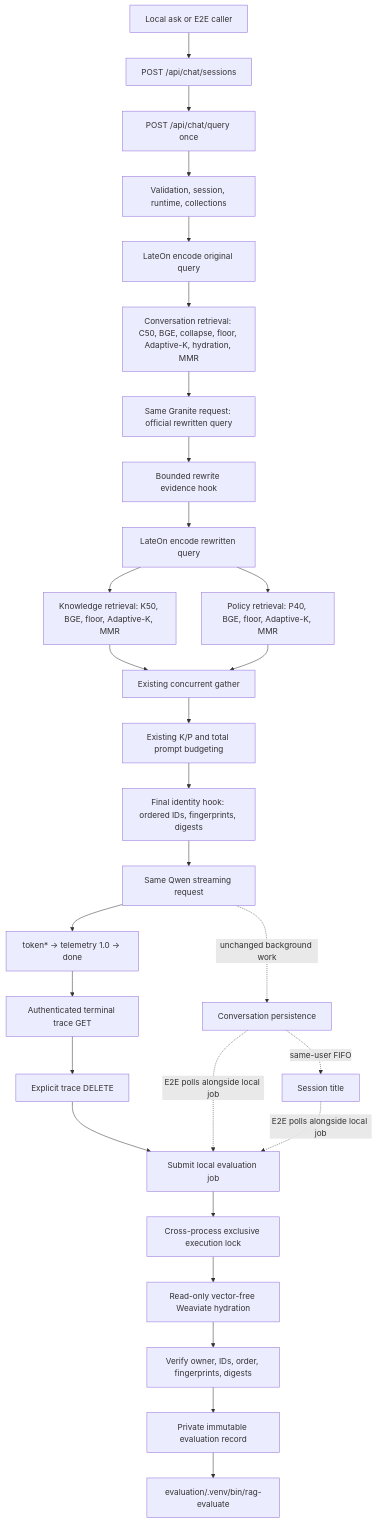
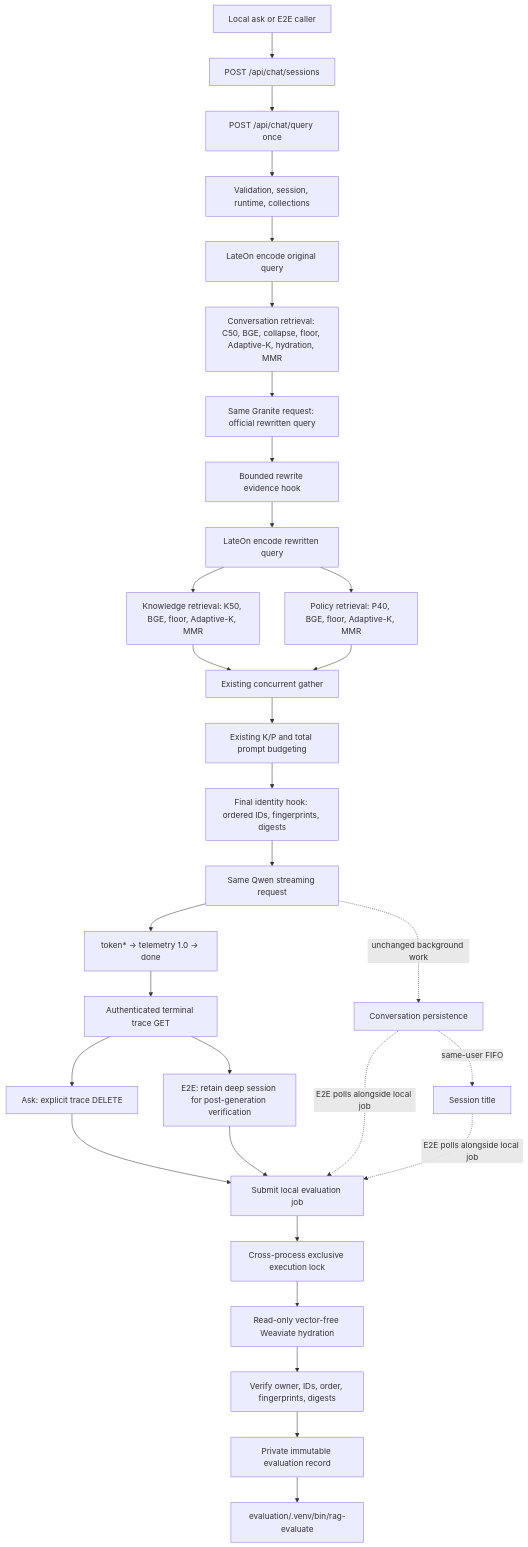
The diagram in evaluation/ARCHITECTURE_AUDIT.md (Dochikhoa2006/Multi-tenant-RAG-Application), drawn with Mermaid before and after one commit. The commit also changed other lines of this file and 10 other files, not shown here.

````diff
--- a/evaluation/ARCHITECTURE_AUDIT.md
+++ b/evaluation/ARCHITECTURE_AUDIT.md
@@ -73,31 +73,33 @@
 ```mermaid
 flowchart TD
     C[Local ask or E2E caller] --> S[POST /api/chat/sessions]
     S --> Q[POST /api/chat/query once]
     Q --> A[Validation, session, runtime, collections]
     A --> O[LateOn encode original query]
     O --> CR[Conversation retrieval: C50, BGE, collapse, floor, Adaptive-K, hydration, MMR]
     CR --> G[Same Granite request: official rewritten query]
     G --> W[Bounded rewrite evidence hook]
     W --> R[LateOn encode rewritten query]
     R --> K[Knowledge retrieval: K50, BGE, floor, Adaptive-K, MMR]
     R --> P[Policy retrieval: P40, BGE, floor, Adaptive-K, MMR]
     K --> J[Existing concurrent gather]
     P --> J
     J --> B[Existing K/P and total prompt budgeting]
     B --> I[Final identity hook: ordered IDs, fingerprints, digests]
     I --> X[Same Qwen streaming request]
     X --> T[token* -> telemetry 1.0 -> done]
     X -. unchanged background work .-> CP[Conversation persistence]
     CP -. same-user FIFO .-> ST[Session title]
     T --> EGET[Authenticated terminal trace GET]
-    EGET --> EDEL[Explicit trace DELETE]
+    EGET --> EDEL[Ask: explicit trace DELETE]
     EDEL --> SUB[Submit local evaluation job]
+    EGET --> E2E[E2E: retain deep session for post-generation verification]
+    E2E --> SUB
     SUB --> LOCK[Cross-process exclusive execution lock]
     LOCK --> HY[Read-only vector-free Weaviate hydration]
     HY --> VERIFY[Verify owner, IDs, order, fingerprints, digests]
     VERIFY --> REC[Private immutable evaluation record]
     REC --> EV[evaluation/.venv/bin/rag-evaluate]
     CP -. E2E polls alongside local job .-> SUB
     ST -. E2E polls alongside local job .-> SUB
 ```
````
